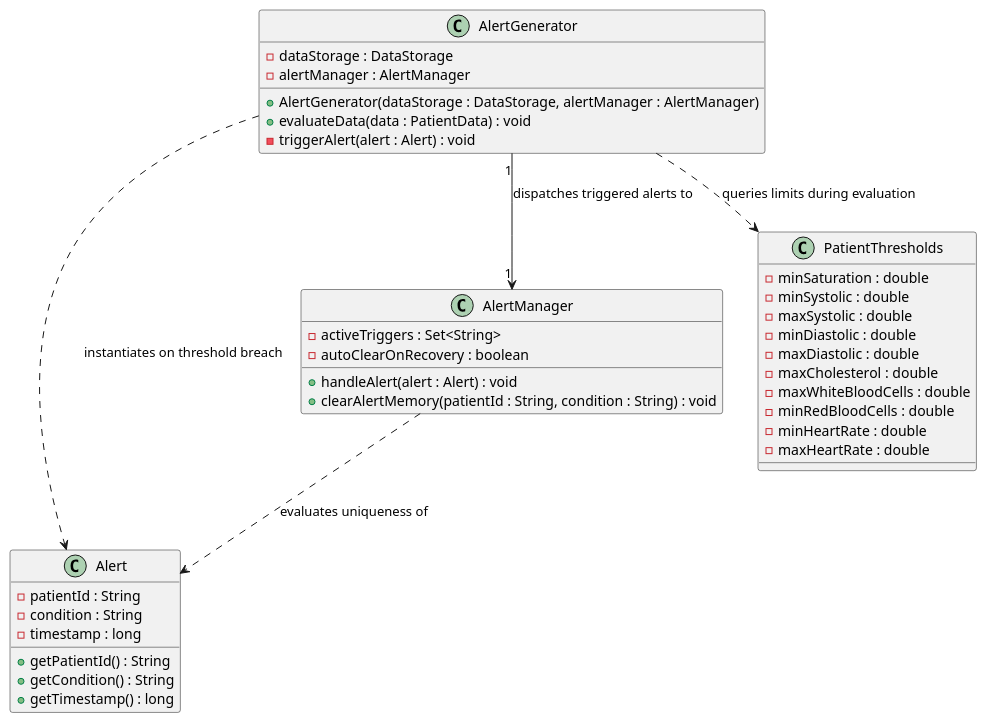
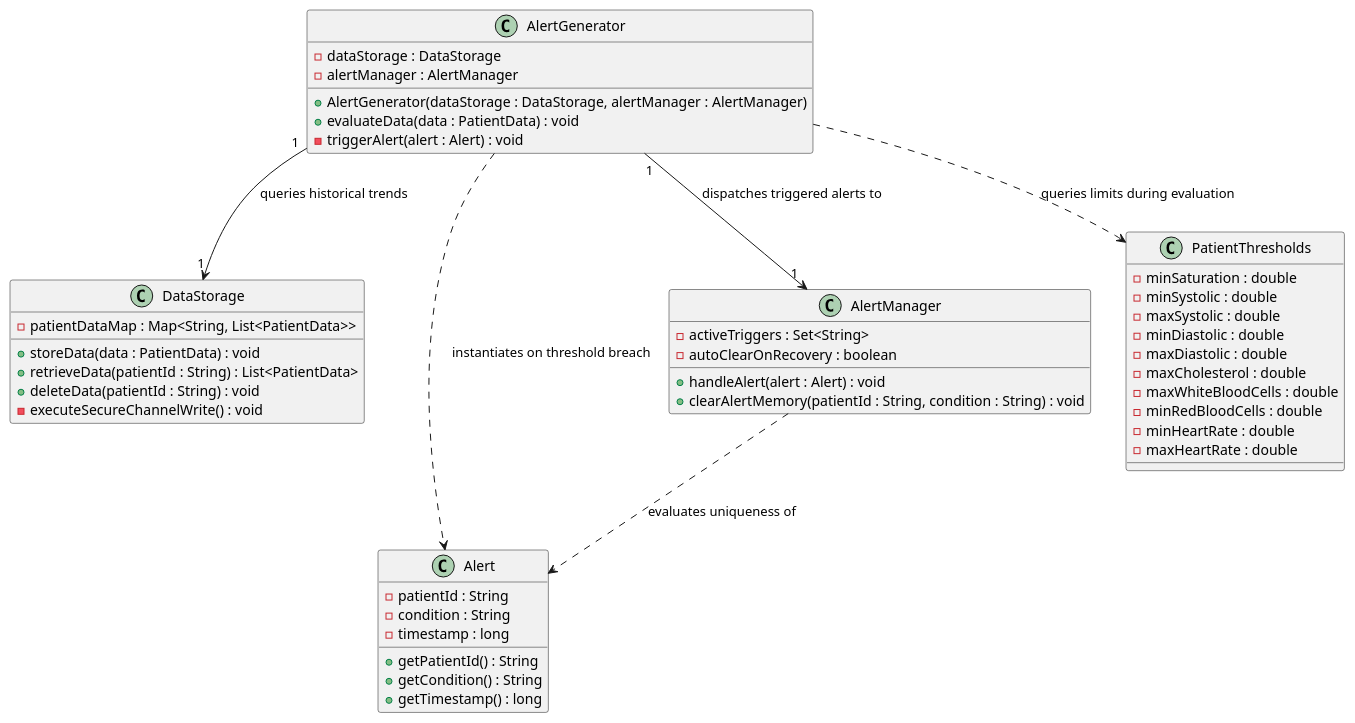
One commit to quacktastic/signal__project changed the diagram in src/uml/AlertSystem.puml. Above: the diagram before and after it, drawn with PlantUML. The commit also changed 3 other files, not shown here.

Commit message:
UML class diagrams are completed

```diff
--- a/src/uml/AlertSystem.puml
+++ b/src/uml/AlertSystem.puml
@@ -1,47 +1,56 @@
 @startuml
 'skinparam classAttributeIconSize 0
+
+class DataStorage {
+    - patientDataMap : Map<String, List<PatientData>>
+    + storeData(data : PatientData) : void
+    + retrieveData(patientId : String) : List<PatientData>
+    + deleteData(patientId : String) : void
+    - executeSecureChannelWrite() : void
+}
 
 class AlertGenerator {
     - dataStorage : DataStorage
     - alertManager : AlertManager
     + AlertGenerator(dataStorage : DataStorage, alertManager : AlertManager)
     + evaluateData(data : PatientData) : void
     - triggerAlert(alert : Alert) : void
 }
 
 class Alert {
     - patientId : String
     - condition : String
     - timestamp : long
     + getPatientId() : String
     + getCondition() : String
     + getTimestamp() : long
 }
 
 class AlertManager {
     - activeTriggers : Set<String>
     - autoClearOnRecovery : boolean
     + handleAlert(alert : Alert) : void
     + clearAlertMemory(patientId : String, condition : String) : void
 }
 
 class PatientThresholds {
     - minSaturation : double
     - minSystolic : double
     - maxSystolic : double
     - minDiastolic : double
     - maxDiastolic : double
     - maxCholesterol : double
     - maxWhiteBloodCells : double
     - minRedBloodCells : double
     - minHeartRate : double
     - maxHeartRate : double
 }
 
-'--- Dependencies & Core Relationships ---
+'--- Dependencies & Core Relationships ---'
+AlertGenerator "1" --> "1" DataStorage : "queries historical trends"
 AlertGenerator "1" --> "1" AlertManager : "dispatches triggered alerts to"
 AlertGenerator ..> PatientThresholds : "queries limits during evaluation"
 AlertGenerator ..> Alert : "instantiates on threshold breach"
 AlertManager ..> Alert : "evaluates uniqueness of"
 
 @enduml
```
